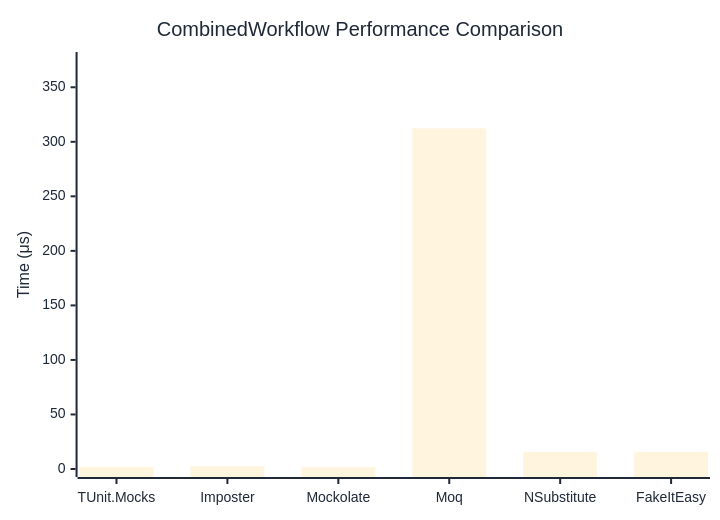
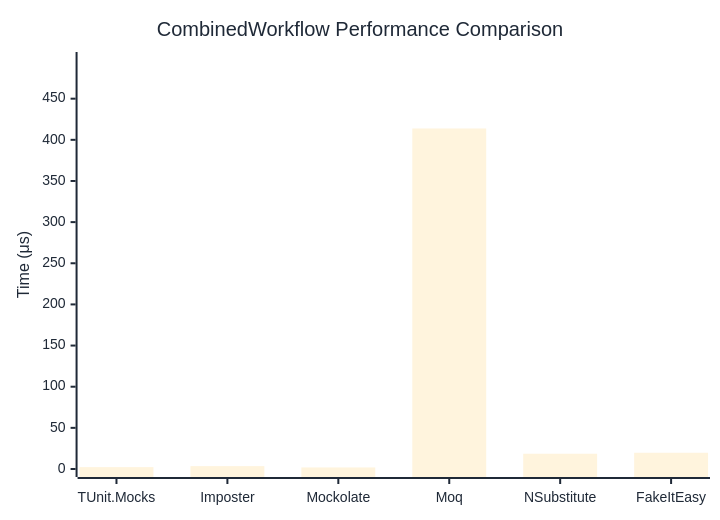
One commit to thomhurst/TUnit changed the diagram in docs/docs/benchmarks/mocks/CombinedWorkflow.md. Above: the diagram before and after it, drawn with Mermaid. The commit also changed other lines of this file and 14 other files, not shown here.

````diff
--- a/docs/docs/benchmarks/mocks/CombinedWorkflow.md
+++ b/docs/docs/benchmarks/mocks/CombinedWorkflow.md
@@ -30,27 +30,27 @@
 ```mermaid
 %%{init: {
   'theme':'base',
   'themeVariables': {
     'primaryColor': '#2563eb',
     'primaryTextColor': '#1f2937',
     'primaryBorderColor': '#1e40af',
     'lineColor': '#6b7280',
     'secondaryColor': '#7c3aed',
     'tertiaryColor': '#dc2626',
     'background': '#ffffff',
     'pie1': '#2563eb',
     'pie2': '#7c3aed',
     'pie3': '#dc2626',
     'pie4': '#f59e0b',
     'pie5': '#10b981',
     'pie6': '#06b6d4',
     'pie7': '#ec4899',
     'pie8': '#6366f1'
   }
 }}%%
 xychart-beta
   title "CombinedWorkflow Performance Comparison"
   x-axis ["TUnit.Mocks", "Imposter", "Mockolate", "Moq", "NSubstitute", "FakeItEasy"]
-  y-axis "Time (μs)" 0 --> 375
-  bar [1.939, 2.603, 1.655, 312.287, 15.787, 15.759]
+  y-axis "Time (μs)" 0 --> 497
+  bar [2.28, 3.473, 1.904, 413.778, 18.558, 19.748]
 ```
````
